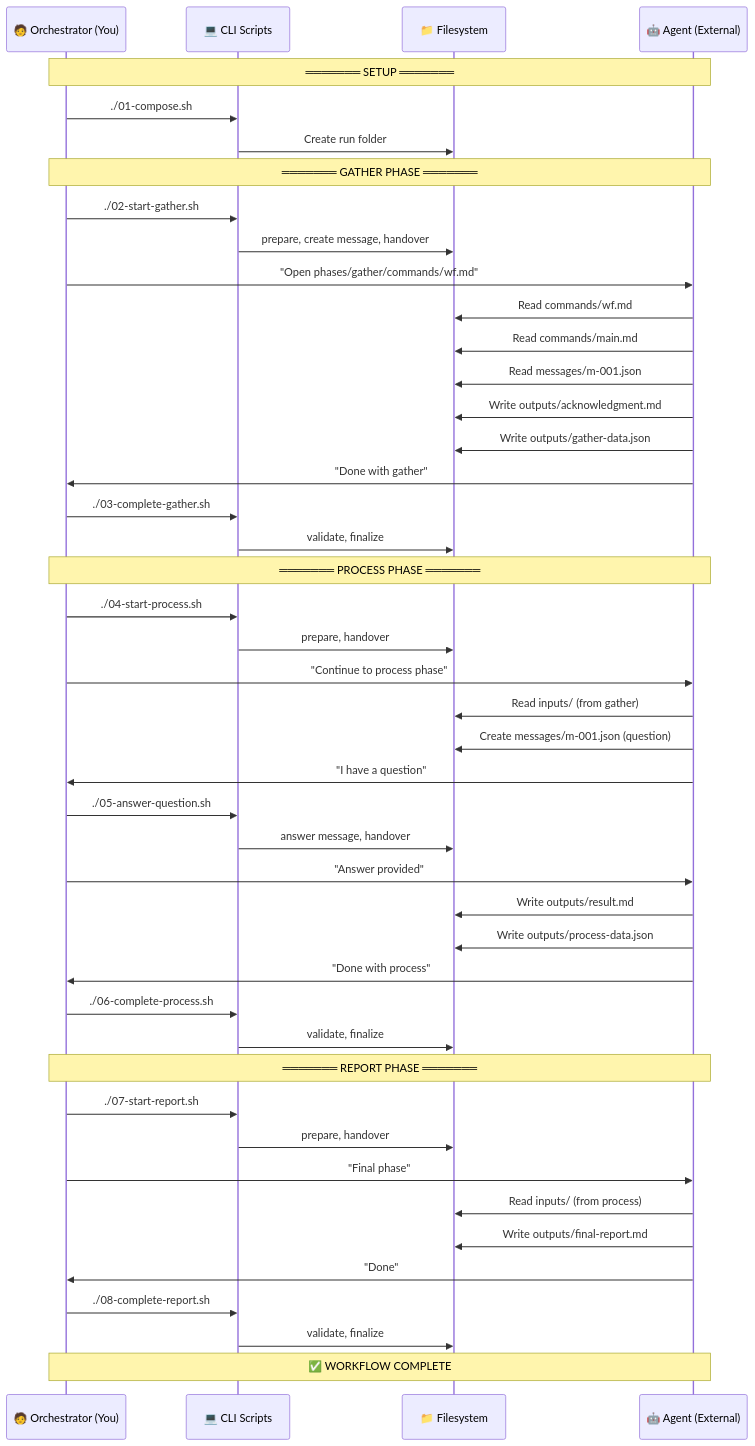
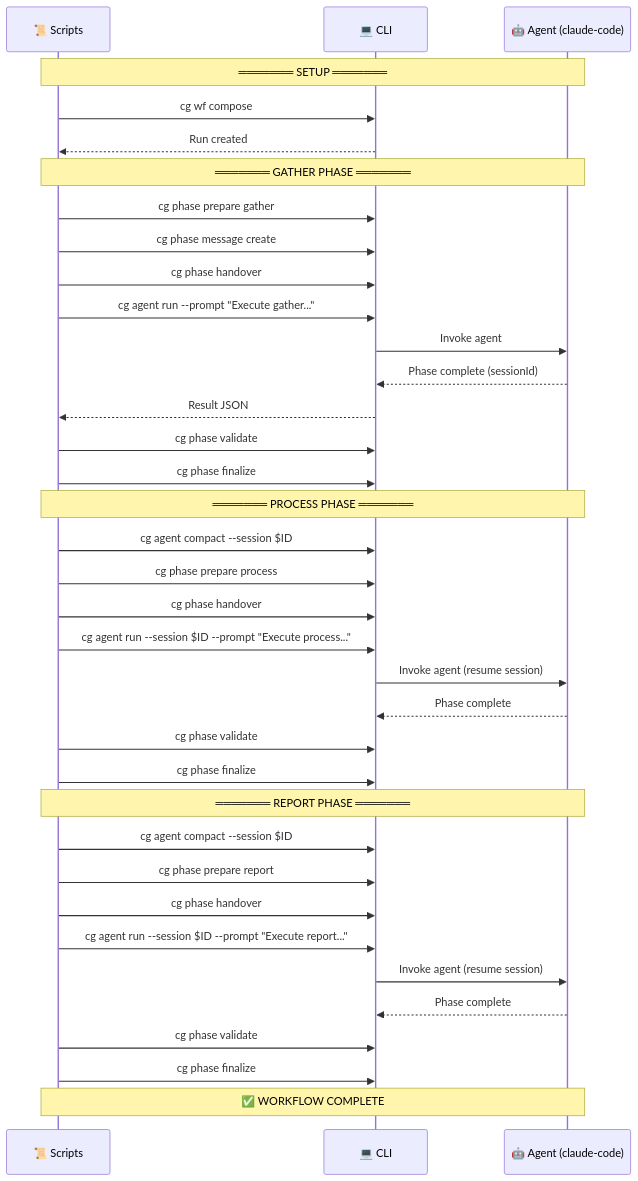
One commit to AI-Substrate/chainglass changed the diagram in docs/how/dev/manual-wf-run/README.md. Above: the diagram before and after it, drawn with Mermaid. The commit also changed other lines of this file and 31 other files, not shown here.

Commit message:
fix: formatting and lint errors in agent session dialog

````diff
--- a/docs/how/dev/manual-wf-run/README.md
+++ b/docs/how/dev/manual-wf-run/README.md
@@ -56,60 +71,43 @@
 ```mermaid
 sequenceDiagram
-    participant O as 🧑 Orchestrator (You)
-    participant CLI as 💻 CLI Scripts
-    participant FS as 📁 Filesystem
-    participant A as 🤖 Agent (External)
+    participant S as 📜 Scripts
+    participant CLI as 💻 CLI
+    participant A as 🤖 Agent (claude-code)
 
-    Note over O,A: ═══════ SETUP ═══════
-    O->>CLI: ./01-compose.sh
-    CLI->>FS: Create run folder
+    Note over S,A: ═══════ SETUP ═══════
+    S->>CLI: cg wf compose
+    CLI-->>S: Run created
 
-    Note over O,A: ═══════ GATHER PHASE ═══════
-    O->>CLI: ./02-start-gather.sh
-    CLI->>FS: prepare, create message, handover
-    O->>A: "Open phases/gather/commands/wf.md"
-    
-    A->>FS: Read commands/wf.md
-    A->>FS: Read commands/main.md
-    A->>FS: Read messages/m-001.json
-    A->>FS: Write outputs/acknowledgment.md
-    A->>FS: Write outputs/gather-data.json
-    A->>O: "Done with gather"
-    
-    O->>CLI: ./03-complete-gather.sh
-    CLI->>FS: validate, finalize
+    Note over S,A: ═══════ GATHER PHASE ═══════
+    S->>CLI: cg phase prepare gather
+    S->>CLI: cg phase message create
+    S->>CLI: cg phase handover
+    S->>CLI: cg agent run --prompt "Execute gather..."
+    CLI->>A: Invoke agent
+    A-->>CLI: Phase complete (sessionId)
+    CLI-->>S: Result JSON
+    S->>CLI: cg phase validate
+    S->>CLI: cg phase finalize
 
-    Note over O,A: ═══════ PROCESS PHASE ═══════
-    O->>CLI: ./04-start-process.sh
-    CLI->>FS: prepare, handover
-    O->>A: "Continue to process phase"
-    
-    A->>FS: Read inputs/ (from gather)
-    A->>FS: Create messages/m-001.json (question)
-    A->>O: "I have a question"
-    
-    O->>CLI: ./05-answer-question.sh
-    CLI->>FS: answer message, handover
-    O->>A: "Answer provided"
-    
-    A->>FS: Write outputs/result.md
-    A->>FS: Write outputs/process-data.json
-    A->>O: "Done with process"
-    
-    O->>CLI: ./06-complete-process.sh
-    CLI->>FS: validate, finalize
+    Note over S,A: ═══════ PROCESS PHASE ═══════
+    S->>CLI: cg agent compact --session $ID
+    S->>CLI: cg phase prepare process
+    S->>CLI: cg phase handover
+    S->>CLI: cg agent run --session $ID --prompt "Execute process..."
+    CLI->>A: Invoke agent (resume session)
+    A-->>CLI: Phase complete
+    S->>CLI: cg phase validate
+    S->>CLI: cg phase finalize
 
-    Note over O,A: ═══════ REPORT PHASE ═══════
-    O->>CLI: ./07-start-report.sh
-    CLI->>FS: prepare, handover
-    O->>A: "Final phase"
-    
-    A->>FS: Read inputs/ (from process)
-    A->>FS: Write outputs/final-report.md
-    A->>O: "Done"
-    
-    O->>CLI: ./08-complete-report.sh
-    CLI->>FS: validate, finalize
-    
-    Note over O,A: ✅ WORKFLOW COMPLETE
+    Note over S,A: ═══════ REPORT PHASE ═══════
+    S->>CLI: cg agent compact --session $ID
+    S->>CLI: cg phase prepare report
+    S->>CLI: cg phase handover
+    S->>CLI: cg agent run --session $ID --prompt "Execute report..."
+    CLI->>A: Invoke agent (resume session)
+    A-->>CLI: Phase complete
+    S->>CLI: cg phase validate
+    S->>CLI: cg phase finalize
+
+    Note over S,A: ✅ WORKFLOW COMPLETE
 ```
````
